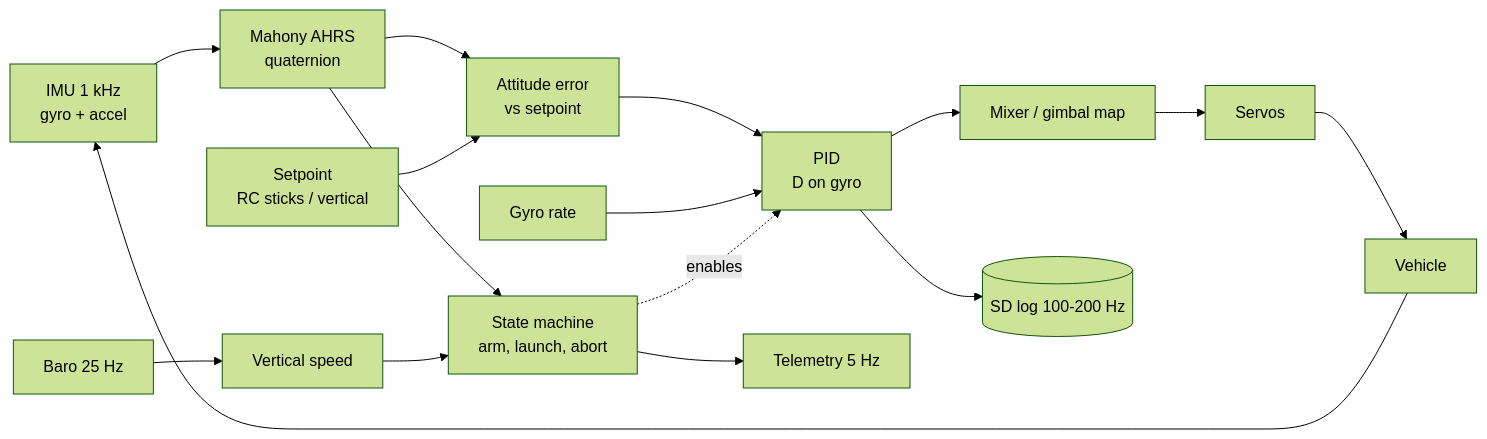
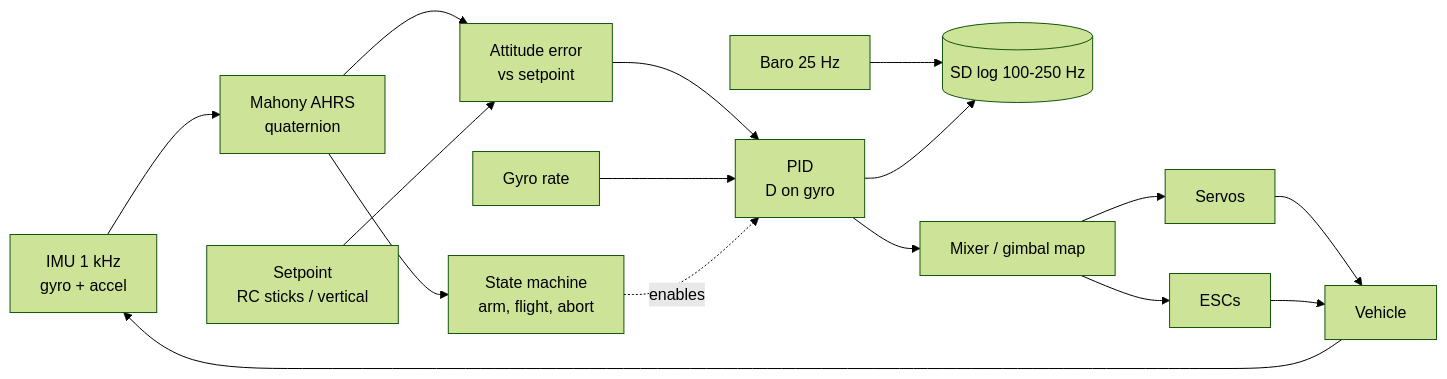
Before and after one commit to JeyaVardhan-L/Single-Thrust-Vector-Controlled-Rocket: the first of 2 diagrams in docs/02-architecture.md, drawn with Mermaid (forest theme). The commit also changed other lines of this file and 53 other files, not shown here.

````diff
--- a/docs/02-architecture.md
+++ b/docs/02-architecture.md
@@ -7,18 +7,18 @@
 ```mermaid
 flowchart LR
   IMU[IMU 1 kHz<br/>gyro + accel] --> AHRS[Mahony AHRS<br/>quaternion]
-  BARO[Baro 25 Hz] --> VZ[Vertical speed]
+  BARO[Baro 25 Hz] --> LOG
   AHRS --> ERR[Attitude error<br/>vs setpoint]
   CMD[Setpoint<br/>RC sticks / vertical] --> ERR
   ERR --> PID[PID<br/>D on gyro]
   GYRO[Gyro rate] --> PID
   PID --> MIX[Mixer / gimbal map]
   MIX --> SERVO[Servos]
+  MIX --> ESC[ESCs]
   SERVO --> PLANT[Vehicle]
+  ESC --> PLANT
   PLANT --> IMU
-  FSM[State machine<br/>arm, launch, abort] -.enables.-> PID
+  FSM[State machine<br/>arm, flight, abort] -.enables.-> PID
   AHRS --> FSM
-  VZ --> FSM
-  PID --> LOG[(SD log 100-200 Hz)]
-  FSM --> TLM[Telemetry 5 Hz]
+  PID --> LOG[(SD log 100-250 Hz)]
 ```
````
